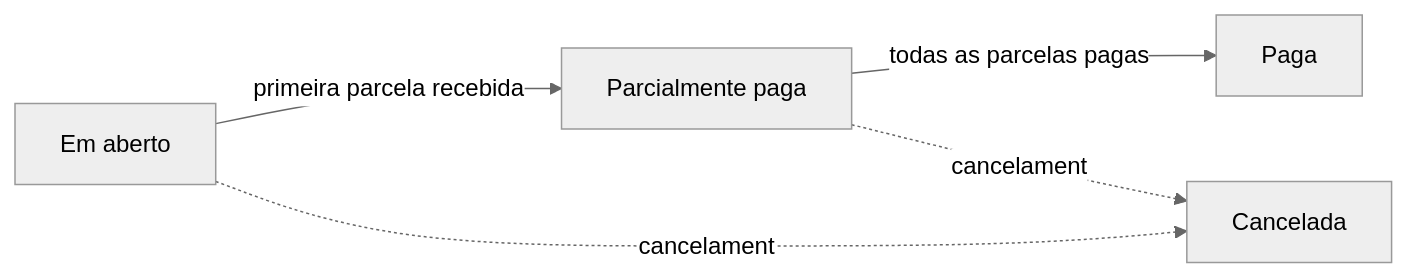
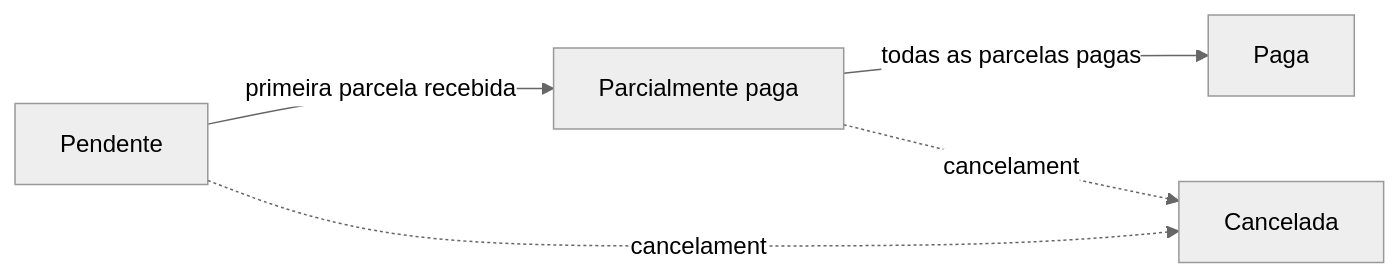
The third of 3 diagrams in cobranca/faturas-e-parcelas.md (LocFlowTeam/locflow-docs), drawn with Mermaid (neutral theme) before and after one commit. The commit also changed other lines of this file and 6 other files, not shown here.

````diff
--- a/cobranca/faturas-e-parcelas.md
+++ b/cobranca/faturas-e-parcelas.md
@@ -81,7 +102,7 @@
 ```mermaid
 flowchart LR
-    PE[Em aberto] -->|primeira parcela recebida| PP[Parcialmente paga]
+    PE[Pendente] -->|primeira parcela recebida| PP[Parcialmente paga]
     PP -->|todas as parcelas pagas| PG[Paga]
     PE -.cancelamento.-> CA[Cancelada]
     PP -.cancelamento.-> CA
 ```
````
